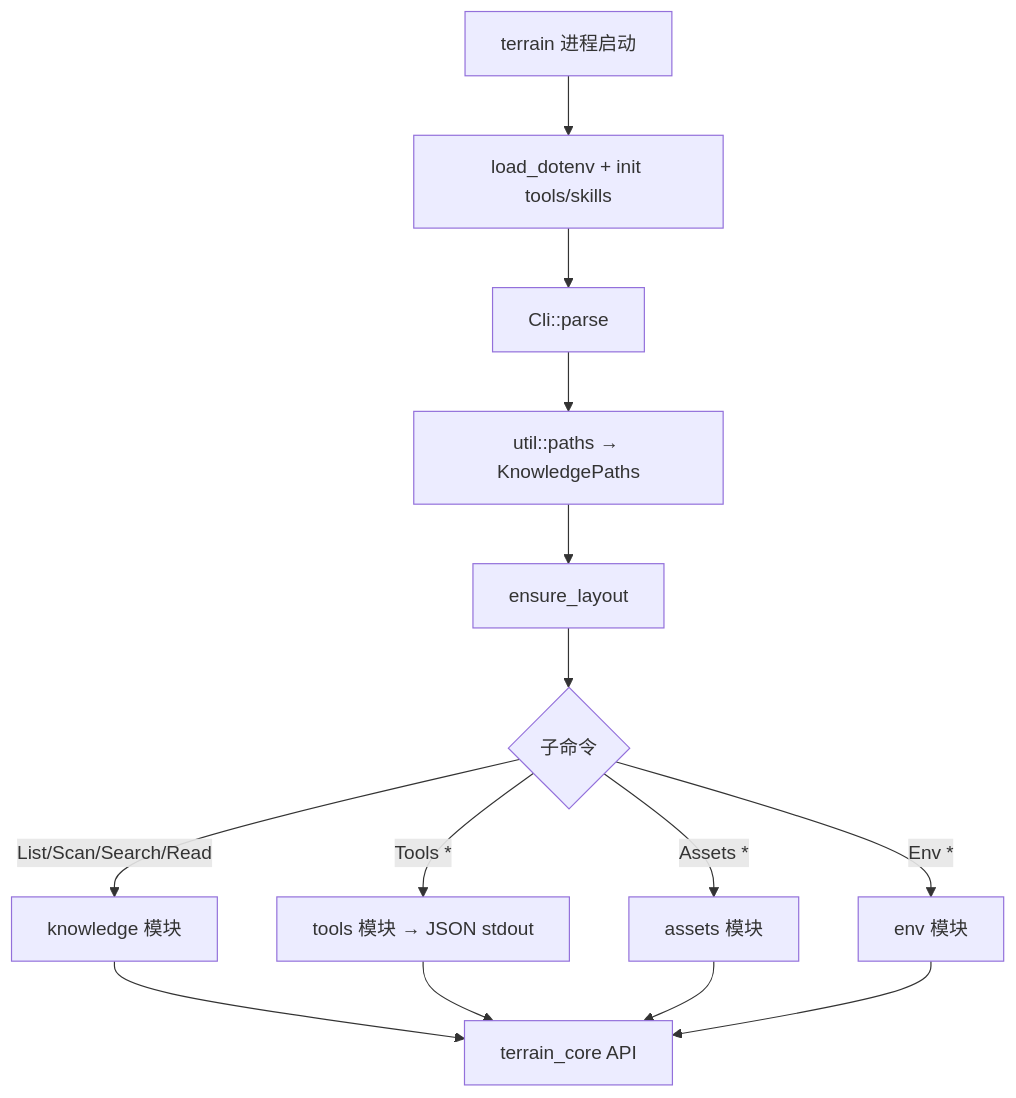
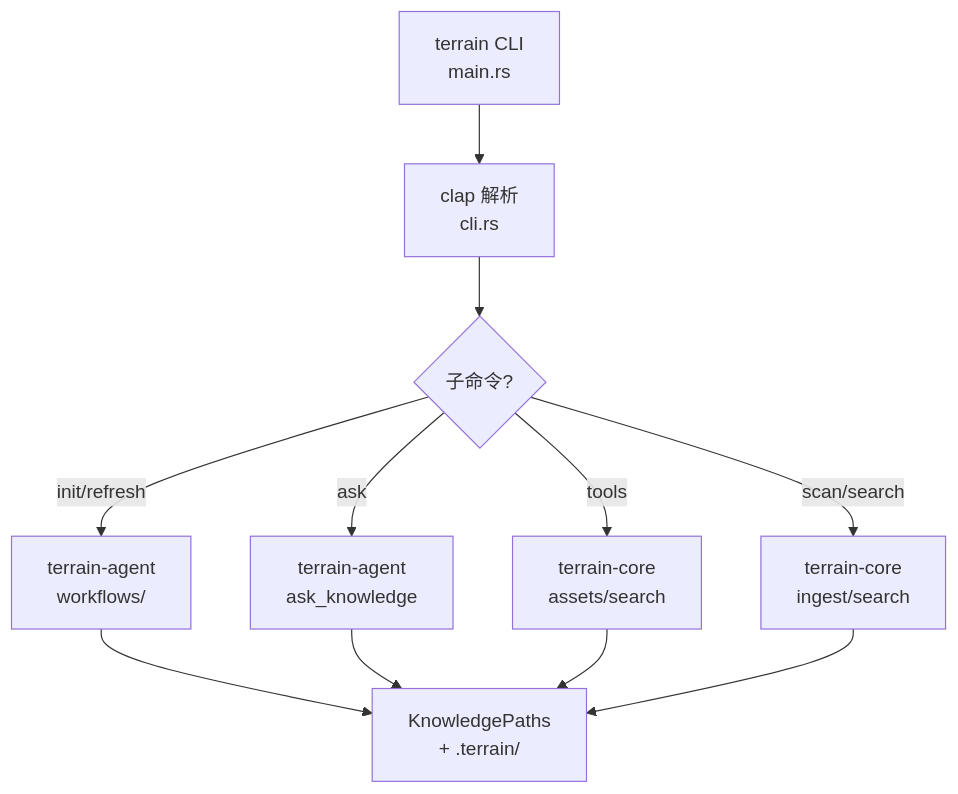
One commit to sopaco/terrain changed the diagram in .terrain/human/4.Deep-Exploration/CLI接口.md. Above: the diagram before and after it, drawn with Mermaid. The commit also changed other lines of this file and 79 other files, not shown here.

First line of the commit message:
Refactor: extract workflows, move types to core

````diff
--- a/.terrain/human/4.Deep-Exploration/CLI接口.md
+++ b/.terrain/human/4.Deep-Exploration/CLI接口.md
@@ -49,16 +38,13 @@
 ```mermaid
 flowchart TD
-    A["terrain 进程启动"] --> B["load_dotenv + init tools/skills"]
-    B --> C["Cli::parse"]
-    C --> D["util::paths → KnowledgePaths"]
-    D --> E["ensure_layout"]
-    E --> F{子命令}
-    F -->|List/Scan/Search/Read| G["knowledge 模块"]
-    F -->|Tools *| H["tools 模块 → JSON stdout"]
-    F -->|Assets *| I["assets 模块"]
-    F -->|Env *| J["env 模块"]
-    G --> K["terrain_core API"]
-    H --> K
-    I --> K
-    J --> K
+    A["terrain CLI<br/>main.rs"] --> B["clap 解析<br/>cli.rs"]
+    B --> C{"子命令?"}
+    C -->|init/refresh| D["terrain-agent<br/>workflows/"]
+    C -->|ask| E["terrain-agent<br/>ask_knowledge"]
+    C -->|tools| F["terrain-core<br/>assets/search"]
+    C -->|scan/search| G["terrain-core<br/>ingest/search"]
+    D --> H["KnowledgePaths<br/>+ .terrain/"]
+    E --> H
+    F --> H
+    G --> H
 ```
````
